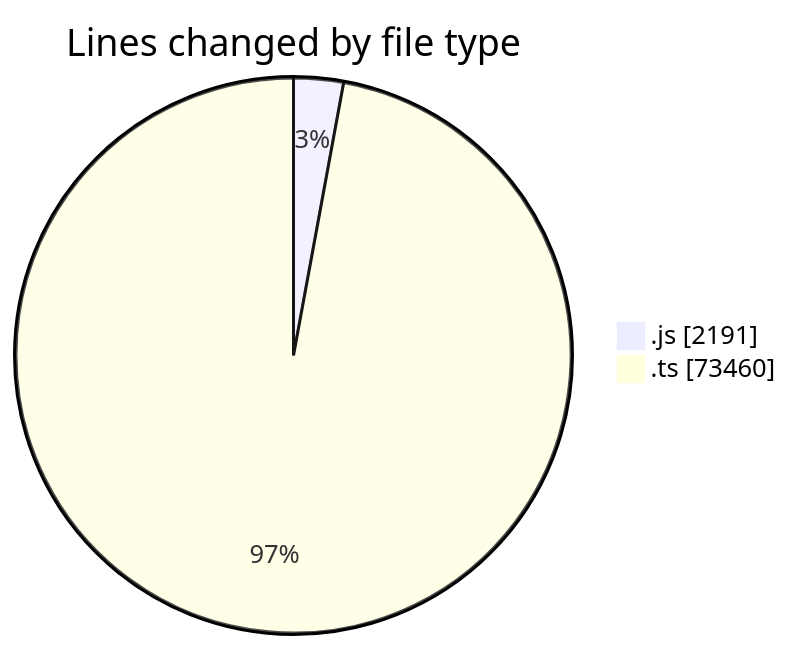
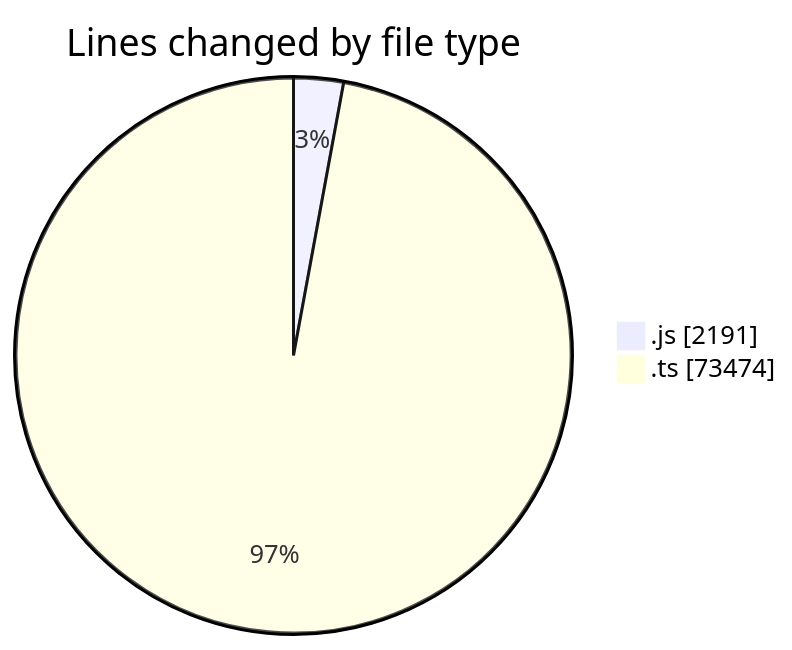
Before and after one commit to momahboobian/code-tracking: the first of 2 diagrams in 2025-06-19/cda/README.md, drawn with Mermaid. The commit also changed other lines of this file and 1 other file, not shown here.

````diff
--- a/2025-06-19/cda/README.md
+++ b/2025-06-19/cda/README.md
@@ -41,6 +41,6 @@
 ```mermaid
 pie showData
 title Lines changed by file type
 ".js" : 2191
-".ts" : 73460
+".ts" : 73474
 ```
````
